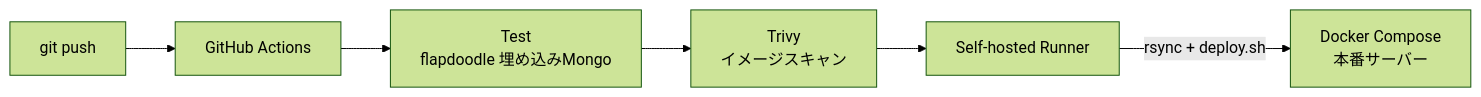
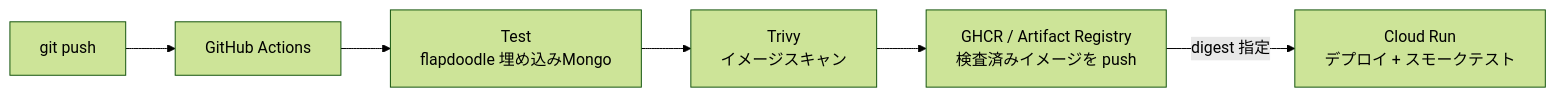
The second of 2 diagrams in docs/architecture.md (shun35960/MyBlog2), drawn with Mermaid (forest theme) before and after one commit. The commit also changed other lines of this file and 12 other files, not shown here.

First line of the commit message:
chore: Cloud Run 移行で不要になったセルフホスト関連ファイルを削除

````diff
--- a/docs/architecture.md
+++ b/docs/architecture.md
@@ -61,8 +58,8 @@
 ```mermaid
 flowchart LR
     Dev[git push] --> GA[GitHub Actions]
     GA --> T[Test<br/>flapdoodle 埋め込みMongo]
     T --> Trivy[Trivy<br/>イメージスキャン]
-    Trivy --> Runner[Self-hosted Runner]
-    Runner -->|rsync + deploy.sh| Compose[Docker Compose<br/>本番サーバー]
+    Trivy --> Push[GHCR / Artifact Registry<br/>検査済みイメージを push]
+    Push -->|digest 指定| Run[Cloud Run<br/>デプロイ + スモークテスト]
 ```
````
